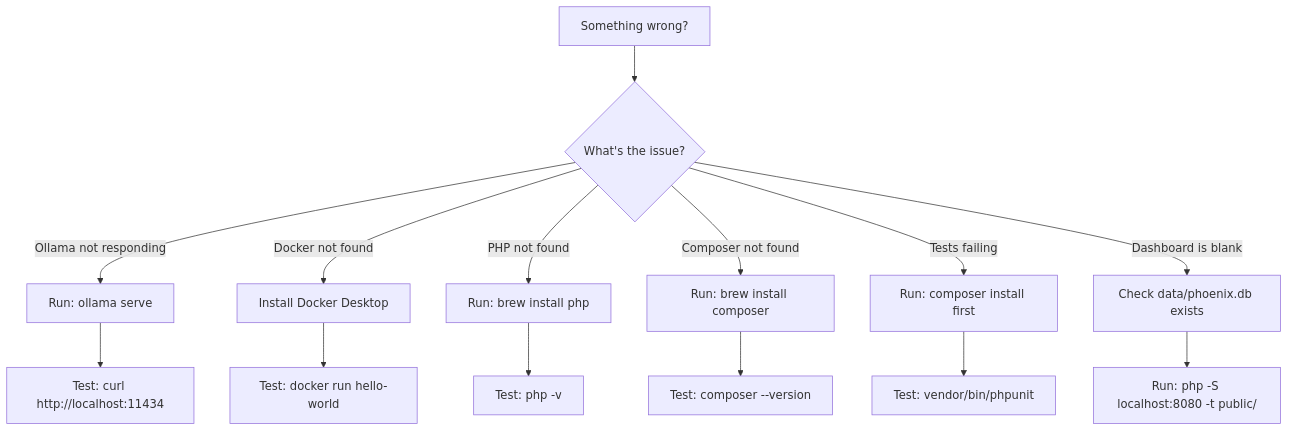
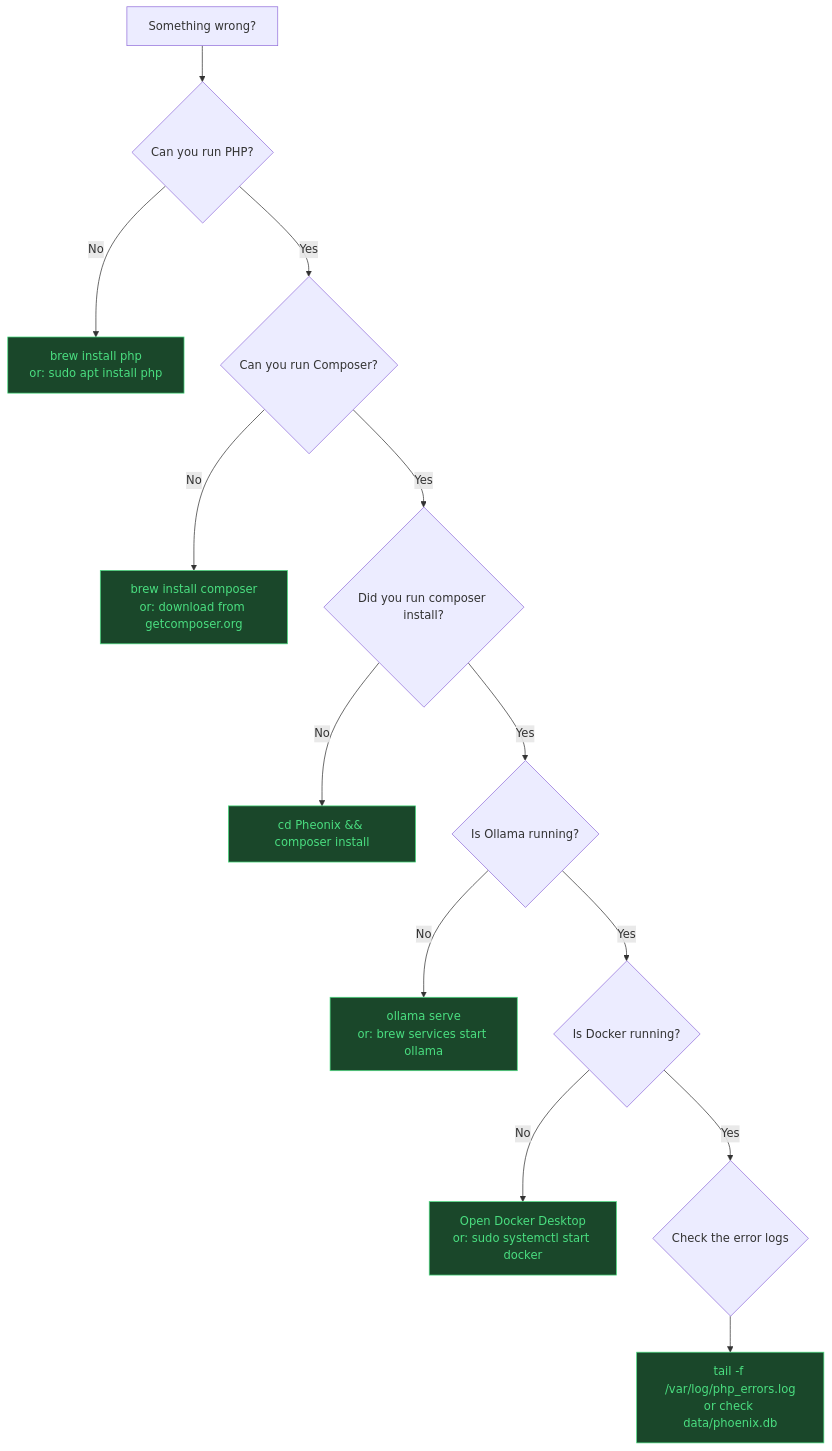
One commit to soumyachk101/Pheonix changed the sixth of 7 diagrams in README.md. Above: the diagram before and after it, drawn with Mermaid. The commit also changed other lines of this file, not shown here.

````diff
--- a/README.md
+++ b/README.md
@@ -589,17 +1012,22 @@
 ```mermaid
 flowchart TD
-    A[Something wrong?] --> B{What's the issue?}
-    B -->|Ollama not responding| C[Run: ollama serve]
-    B -->|Docker not found| D[Install Docker Desktop]
-    B -->|PHP not found| E[Run: brew install php]
-    B -->|Composer not found| F[Run: brew install composer]
-    B -->|Tests failing| G[Run: composer install first]
-    B -->|Dashboard is blank| H[Check data/phoenix.db exists]
+    START[Something wrong?] --> Q1{Can you run PHP?}
+    Q1 -->|No| FIX1["brew install php<br>or: sudo apt install php"]
+    Q1 -->|Yes| Q2{Can you run Composer?}
+    Q2 -->|No| FIX2["brew install composer<br>or: download from getcomposer.org"]
+    Q2 -->|Yes| Q3{Did you run composer install?}
+    Q3 -->|No| FIX3["cd Pheonix && composer install"]
+    Q3 -->|Yes| Q4{Is Ollama running?}
+    Q4 -->|No| FIX4["ollama serve<br>or: brew services start ollama"]
+    Q4 -->|Yes| Q5{Is Docker running?}
+    Q5 -->|No| FIX5["Open Docker Desktop<br>or: sudo systemctl start docker"]
+    Q5 -->|Yes| Q6{Check the error logs}
+    Q6 --> FIX6["tail -f /var/log/php_errors.log<br>or check data/phoenix.db"]
 
-    C --> I["Test: curl http://localhost:11434"]
-    D --> J["Test: docker run hello-world"]
-    E --> K["Test: php -v"]
-    F --> L["Test: composer --version"]
-    G --> M["Test: vendor/bin/phpunit"]
-    H --> N["Run: php -S localhost:8080 -t public/"]
+    style FIX1 fill:#1a472a,stroke:#4ade80,color:#4ade80
+    style FIX2 fill:#1a472a,stroke:#4ade80,color:#4ade80
+    style FIX3 fill:#1a472a,stroke:#4ade80,color:#4ade80
+    style FIX4 fill:#1a472a,stroke:#4ade80,color:#4ade80
+    style FIX5 fill:#1a472a,stroke:#4ade80,color:#4ade80
+    style FIX6 fill:#1a472a,stroke:#4ade80,color:#4ade80
 ```
````
